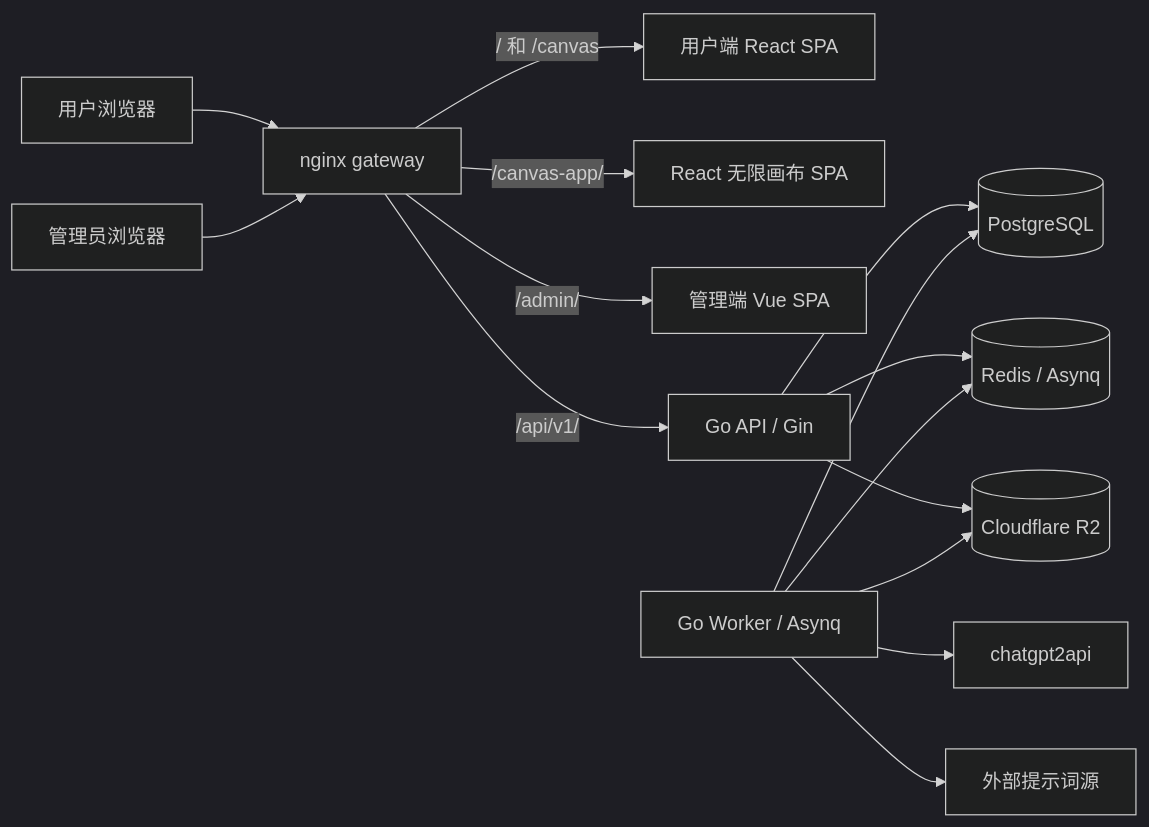
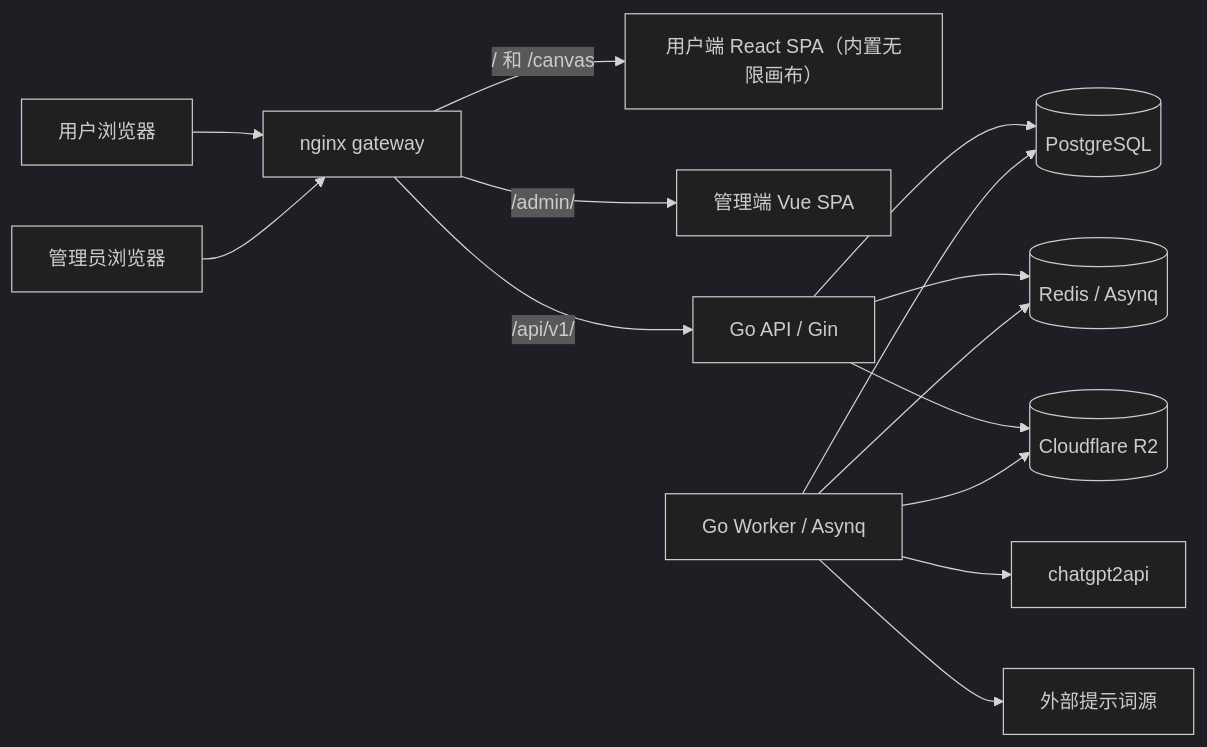
One commit to BlankLife886/startcloudsai changed the first of 2 diagrams in docs/ARCHITECTURE.md. Above: the diagram before and after it, drawn with Mermaid (dark theme). The commit also changed other lines of this file and 613 other files, not shown here.

````diff
--- a/docs/ARCHITECTURE.md
+++ b/docs/ARCHITECTURE.md
@@ -7,17 +7,16 @@
 ```mermaid
 flowchart LR
   U[用户浏览器] --> G[nginx gateway]
   A[管理员浏览器] --> G
-  G -->|/ 和 /canvas| W[用户端 React SPA]
-  G -->|/canvas-app/| V[React 无限画布 SPA]
+  G -->|/ 和 /canvas| W[用户端 React SPA（内置无限画布）]
   G -->|/admin/| M[管理端 Vue SPA]
   G -->|/api/v1/| S[Go API / Gin]
   S --> P[(PostgreSQL)]
   S --> R[(Redis / Asynq)]
   S --> O[(Cloudflare R2)]
   K[Go Worker / Asynq] --> P
   K --> R
   K --> C[chatgpt2api]
   K --> O
   K --> X[外部提示词源]
 ```
````
